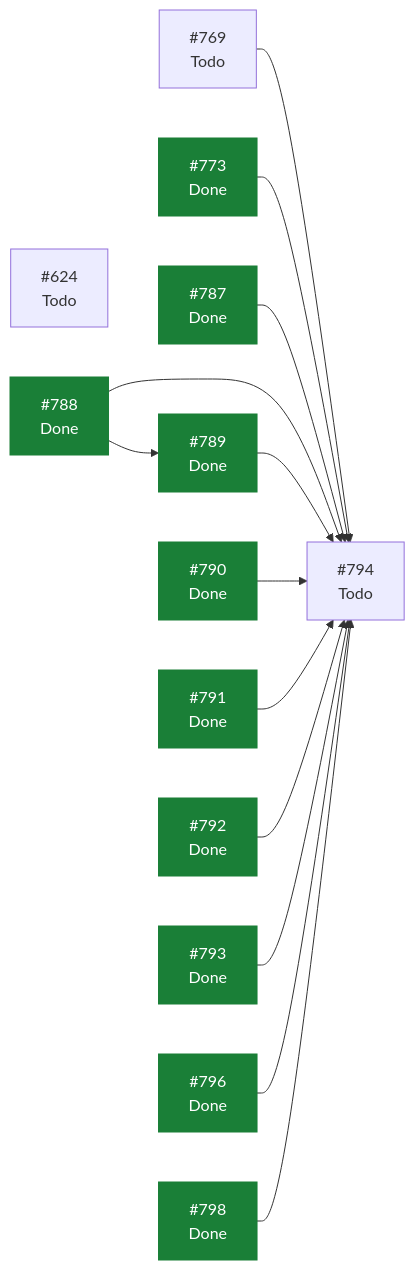
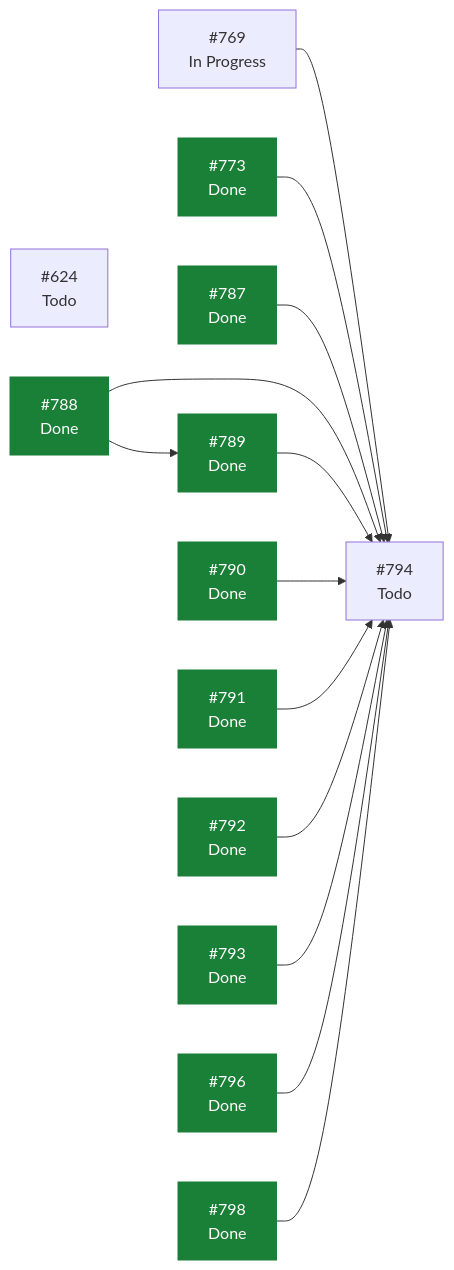
The diagram in docs/planning/STATUS.md (ecamp0s/evault), drawn with Mermaid before and after one commit. The commit also changed other lines of this file, not shown here.

````diff
--- a/docs/planning/STATUS.md
+++ b/docs/planning/STATUS.md
@@ -90,30 +90,30 @@
 ```mermaid
 graph LR
   I624["#624<br/>Todo"]
-  I769["#769<br/>Todo"]
+  I769["#769<br/>In Progress"]
   I773["#773<br/>Done"]
   I787["#787<br/>Done"]
   I788["#788<br/>Done"]
   I789["#789<br/>Done"]
   I790["#790<br/>Done"]
   I791["#791<br/>Done"]
   I792["#792<br/>Done"]
   I793["#793<br/>Done"]
   I794["#794<br/>Todo"]
   I796["#796<br/>Done"]
   I798["#798<br/>Done"]
   I769 --> I794
   I773 --> I794
   I787 --> I794
   I788 --> I789
   I788 --> I794
   I789 --> I794
   I790 --> I794
   I791 --> I794
   I792 --> I794
   I793 --> I794
   I796 --> I794
   I798 --> I794
   classDef hecho fill:#1a7f37,stroke:#1a7f37,color:#fff;
   class I773,I787,I788,I789,I790,I791,I792,I793,I796,I798 hecho;
 ```
````
